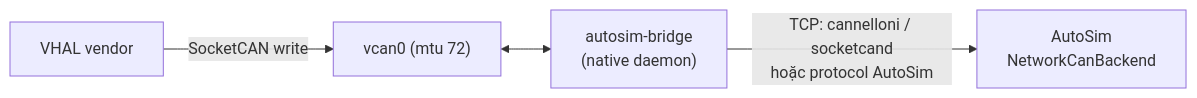
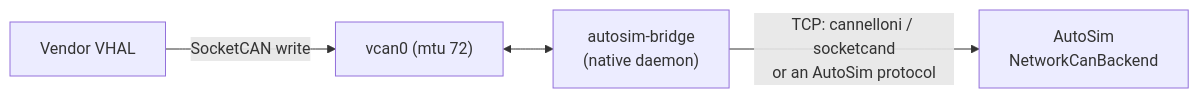
Before and after one commit to Thuongst97/CAN_SIMULATOR: the third of 5 diagrams in docs/VIRTUAL_CAN_PROPOSAL.md, drawn with Mermaid. The commit also changed other lines of this file and 8 other files, not shown here.

````diff
--- a/docs/VIRTUAL_CAN_PROPOSAL.md
+++ b/docs/VIRTUAL_CAN_PROPOSAL.md
@@ -119,6 +124,6 @@
 ```mermaid
 flowchart LR
-    vhal["VHAL vendor"] -- "SocketCAN write" --> vcan["vcan0 (mtu 72)"]
+    vhal["Vendor VHAL"] -- "SocketCAN write" --> vcan["vcan0 (mtu 72)"]
     vcan <--> br["autosim-bridge<br/>(native daemon)"]
-    br -- "TCP: cannelloni / socketcand<br/>hoặc protocol AutoSim" --> as["AutoSim<br/>NetworkCanBackend"]
+    br -- "TCP: cannelloni / socketcand<br/>or an AutoSim protocol" --> as["AutoSim<br/>NetworkCanBackend"]
 ```
````
